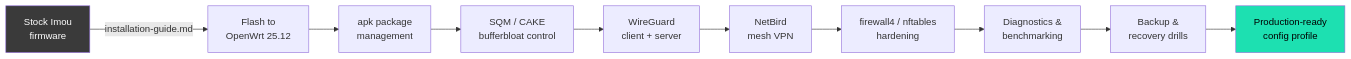
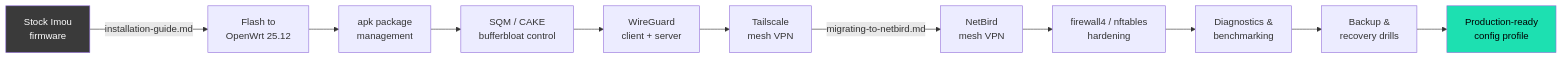
One commit to itachi-re/imou-hx21-openwrt changed the diagram in README.md. Above: the diagram before and after it, drawn with Mermaid. The commit also changed other lines of this file, not shown here.

````diff
--- a/README.md
+++ b/README.md
@@ -77,15 +88,16 @@
 ```mermaid
 flowchart LR
     A[Stock Imou\nfirmware] -->|installation-guide.md| B[Flash to\nOpenWrt 25.12]
     B --> C[apk package\nmanagement]
     C --> D[SQM / CAKE\nbufferbloat control]
     D --> E[WireGuard\nclient + server]
-    E --> F[NetBird\nmesh VPN]
+    E --> F1[Tailscale\nmesh VPN]
+    F1 -->|migrating-to-netbird.md| F[NetBird\nmesh VPN]
     F --> G[firewall4 / nftables\nhardening]
     G --> H[Diagnostics &\nbenchmarking]
     H --> I[Backup &\nrecovery drills]
     I --> J[Production-ready\nconfig profile]
 
     style A fill:#3a3a3a,color:#fff
     style J fill:#1DE0B1,color:#000
 ```
````
